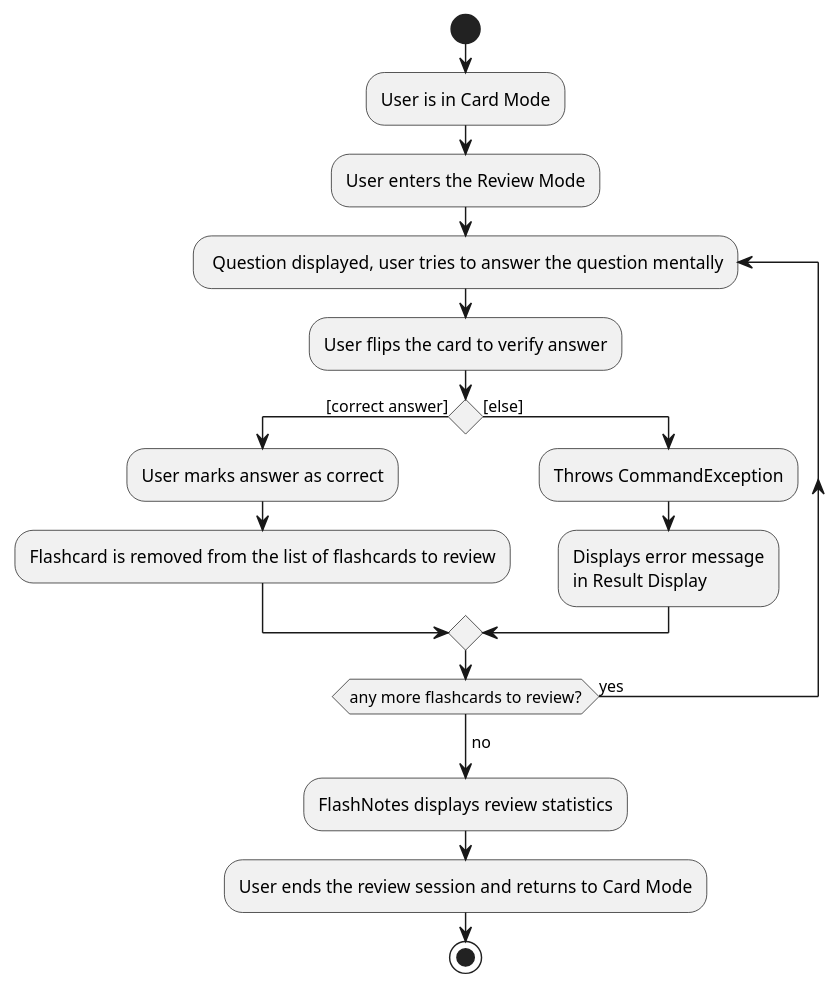
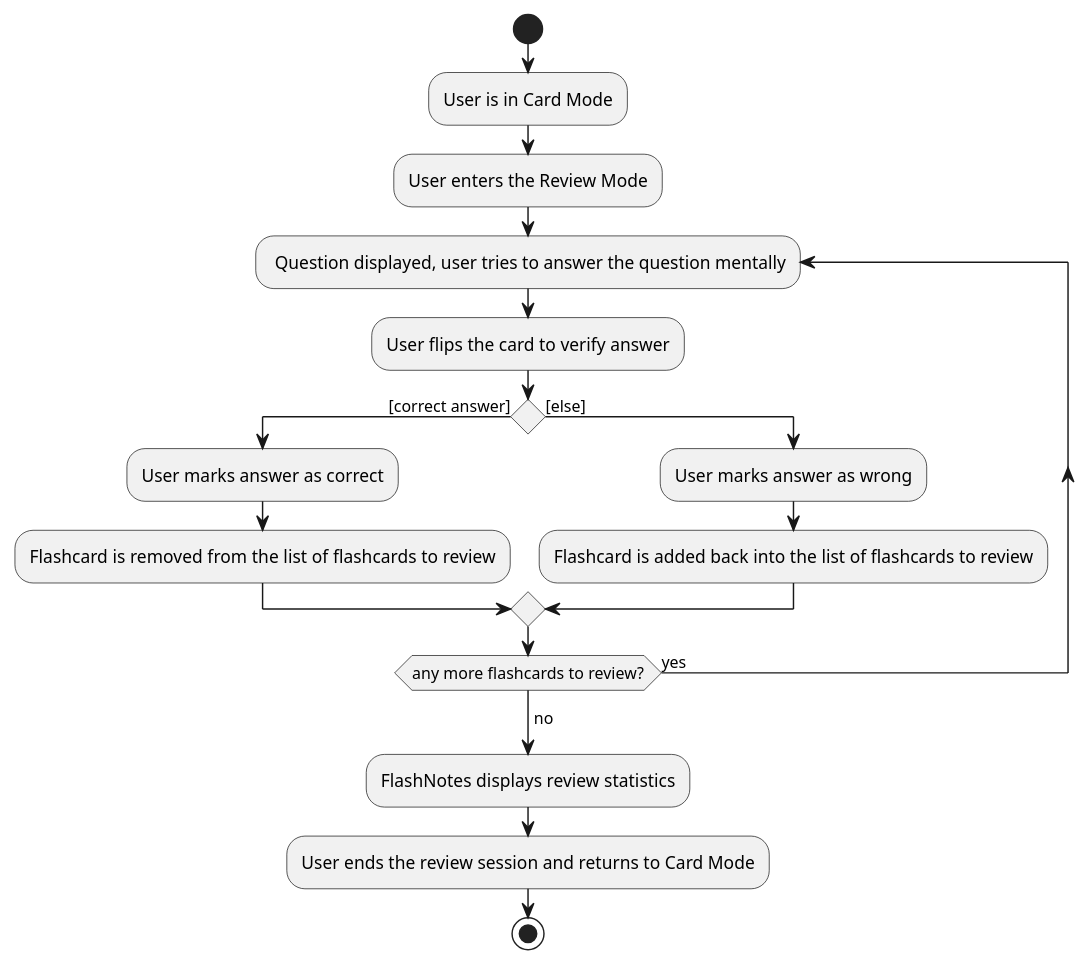
The diagram in docs/diagrams/ReviewWorkflowActivityDiagram.puml (rachel170/tp), drawn with PlantUML before and after one commit. The commit also changed 1 other file, not shown here.

Commit message:
Fix wrong actions in activity diagram

```diff
--- a/docs/diagrams/ReviewWorkflowActivityDiagram.puml
+++ b/docs/diagrams/ReviewWorkflowActivityDiagram.puml
@@ -1,25 +1,24 @@
 @startuml
 start
 :User is in Card Mode;
 :User enters the Review Mode;
 repeat: Question displayed, user tries to answer the question mentally;
 :User flips the card to verify answer;
 'Since the beta syntax does not support placing the condition outside the
 'diamond we place it as the true branch instead.
 
 if () then ([correct answer])
     :User marks answer as correct;
     :Flashcard is removed from the list of flashcards to review;
 else ([else])
-    :Throws CommandException;
-    :Displays error message
-    in Result Display;
+    :User marks answer as wrong;
+    :Flashcard is added back into the list of flashcards to review;
 
 endif
 
 repeat while (any more flashcards to review?) is (yes)
 -> no;
 :FlashNotes displays review statistics;
 :User ends the review session and returns to Card Mode;
 stop
 @enduml
```
